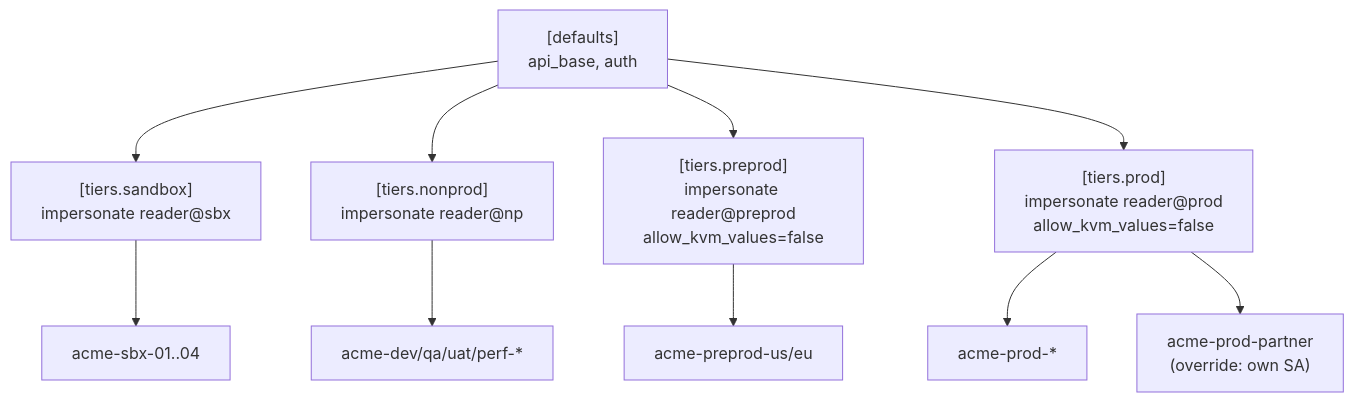
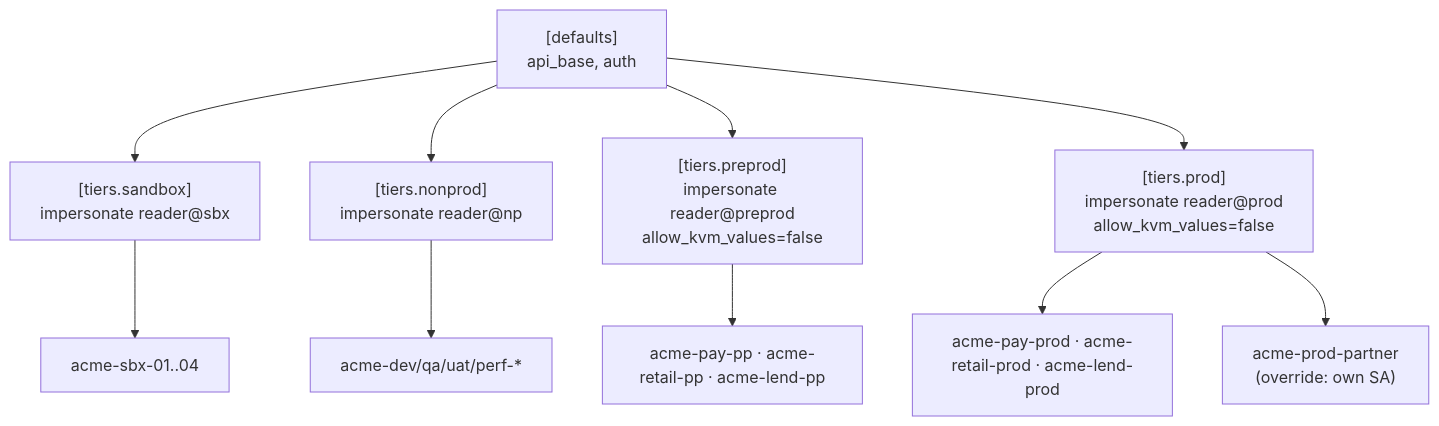
The third of 4 diagrams in docs/design.md (mintrin/apigee-hybrid-readonly-mcp), drawn with Mermaid before and after one commit. The commit also changed other lines of this file and 12 other files, not shown here.

````diff
--- a/docs/design.md
+++ b/docs/design.md
@@ -114,12 +114,12 @@
 ```mermaid
 flowchart TB
     D["[defaults]<br/>api_base, auth"] --> TS["[tiers.sandbox]<br/>impersonate reader@sbx"]
     D --> TN["[tiers.nonprod]<br/>impersonate reader@np"]
     D --> TPP["[tiers.preprod]<br/>impersonate reader@preprod<br/>allow_kvm_values=false"]
     D --> TP["[tiers.prod]<br/>impersonate reader@prod<br/>allow_kvm_values=false"]
     TS --> O1[acme-sbx-01..04]
     TN --> O2[acme-dev/qa/uat/perf-*]
-    TPP --> O5[acme-preprod-us/eu]
-    TP --> O3[acme-prod-*]
+    TPP --> O5["acme-pay-pp · acme-retail-pp · acme-lend-pp"]
+    TP --> O3["acme-pay-prod · acme-retail-prod · acme-lend-prod"]
     TP --> O4["acme-prod-partner<br/>(override: own SA)"]
 ```
````
